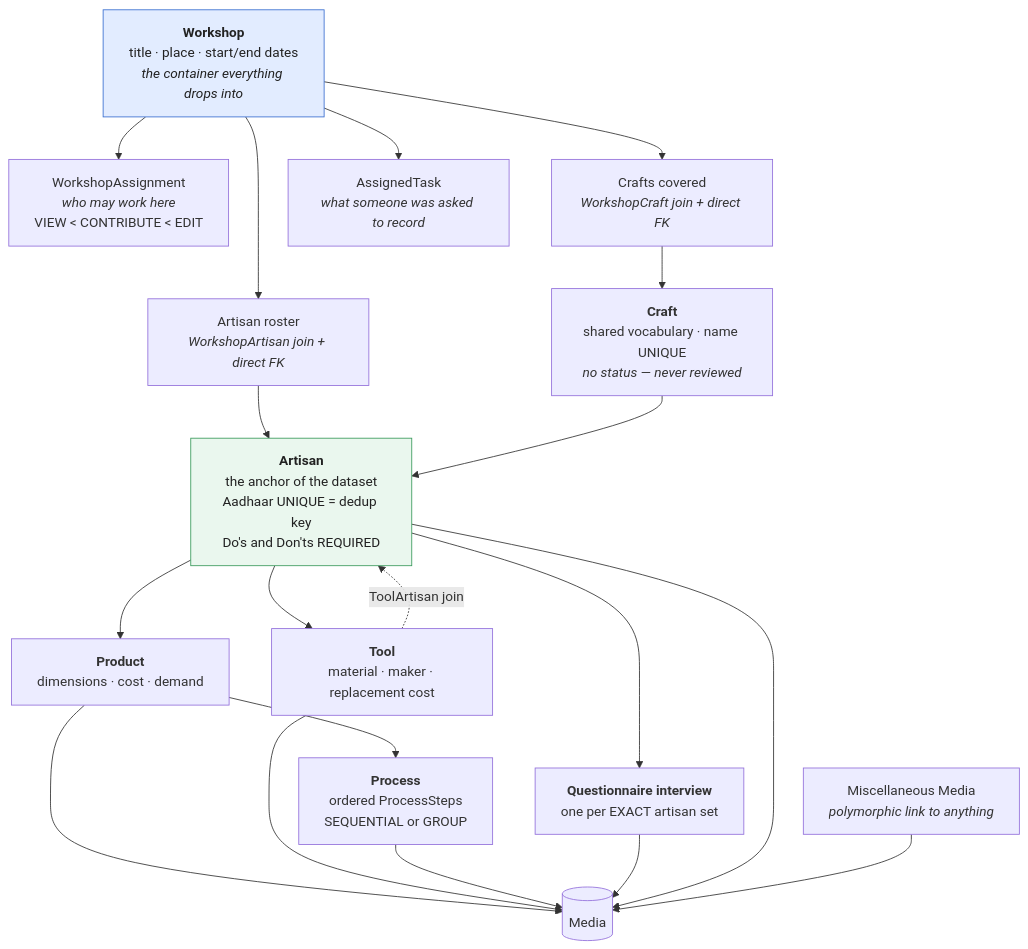
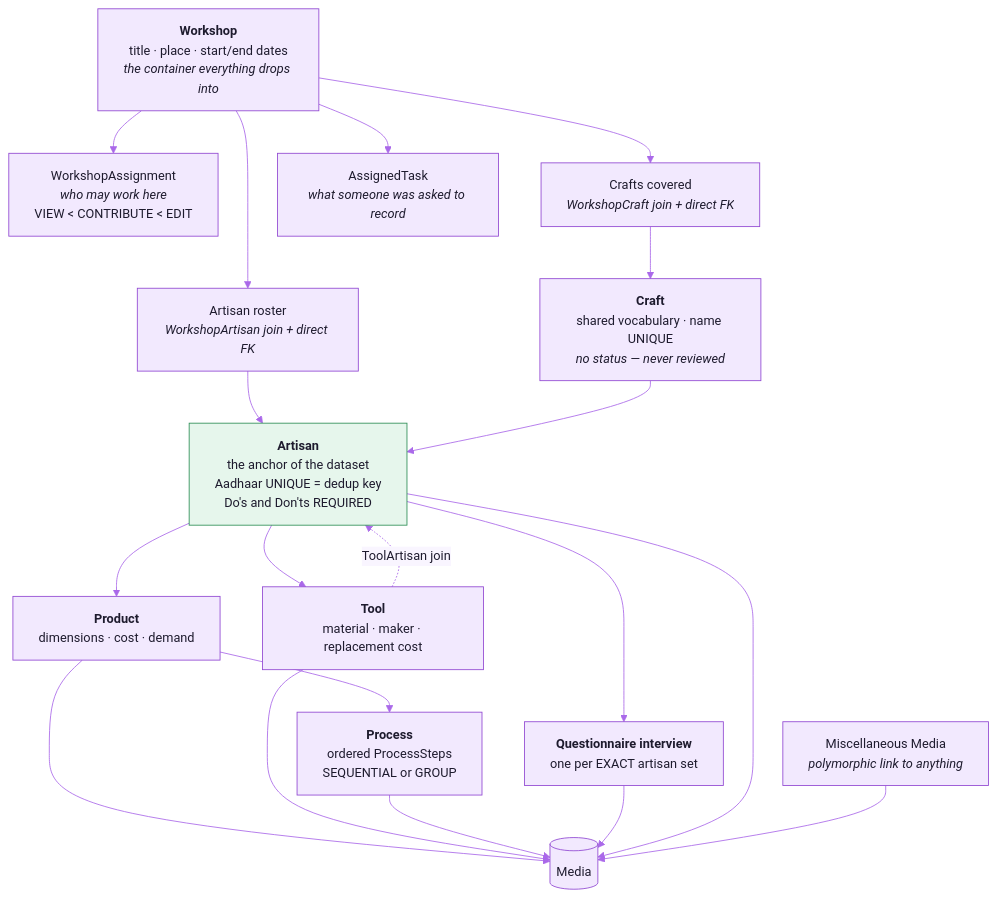
One commit to cxacraftecosystem-ui/documentation-portal changed the tenth of 14 diagrams in docs/ARCHITECTURE.md. Above: the diagram before and after it, drawn with Mermaid. The commit also changed other lines of this file and 106 other files, not shown here.

First line of the commit message:
README showcase: the front page rebuilt on the README kit (copied from designer-portal) with Field Repository content, the readme-check workflow, every docs diagram themed, and the docs brought to 0.0.10

````diff
--- a/docs/ARCHITECTURE.md
+++ b/docs/ARCHITECTURE.md
@@ -450,30 +477,31 @@
 ```mermaid
+%%{init: {"theme":"base","themeVariables":{"fontFamily":"Inter, ui-sans-serif, system-ui, -apple-system, Segoe UI, Roboto, Helvetica, Arial, sans-serif","fontSize":"15px","primaryColor":"#F2E9FE","primaryTextColor":"#1E1B2E","primaryBorderColor":"#9148D2","secondaryColor":"#FAEECD","secondaryTextColor":"#1E1B2E","secondaryBorderColor":"#CD9200","tertiaryColor":"#F3F1FA","tertiaryTextColor":"#1E1B2E","tertiaryBorderColor":"#A7A3BC","mainBkg":"#F2E9FE","nodeBorder":"#9148D2","nodeTextColor":"#1E1B2E","lineColor":"#AA69E9","textColor":"#857F9E","edgeLabelBackground":"#F9F5FF","clusterBkg":"#F9F5FF","clusterBorder":"#D6B6FB","titleColor":"#762CB1","noteBkgColor":"#FAEECD","noteTextColor":"#1E1B2E","noteBorderColor":"#CD9200","actorBkg":"#F2E9FE","actorBorder":"#9148D2","actorTextColor":"#1E1B2E","actorLineColor":"#AA69E9","signalColor":"#AA69E9","signalTextColor":"#857F9E","labelBoxBkgColor":"#F2E9FE","labelBoxBorderColor":"#9148D2","labelTextColor":"#1E1B2E","loopTextColor":"#857F9E","activationBkgColor":"#E7D5FE","activationBorderColor":"#9148D2","sequenceNumberColor":"#FFFFFF","transitionColor":"#AA69E9","transitionLabelColor":"#857F9E","stateLabelColor":"#1E1B2E","stateBkg":"#F2E9FE","compositeBackground":"#F9F5FF","compositeTitleBackground":"#F2E9FE","attributeBackgroundColorOdd":"#FFFFFF","attributeBackgroundColorEven":"#F9F5FF","relationColor":"#AA69E9","relationLabelBackground":"#F9F5FF","relationLabelColor":"#1E1B2E"}}}%%
 flowchart TD
   W["<b>Workshop</b><br/>title · place · start/end dates<br/><i>the container everything drops into</i>"]
 
   W --> WA["WorkshopAssignment<br/><i>who may work here</i><br/>VIEW &lt; CONTRIBUTE &lt; EDIT"]
   W --> WC["Crafts covered<br/><i>WorkshopCraft join + direct FK</i>"]
   W --> WR["Artisan roster<br/><i>WorkshopArtisan join + direct FK</i>"]
 
   WC --> C["<b>Craft</b><br/>shared vocabulary · name UNIQUE<br/><i>no status — never reviewed</i>"]
   WR --> A
   C --> A["<b>Artisan</b><br/>the anchor of the dataset<br/>Aadhaar UNIQUE = dedup key<br/>Do's and Don'ts REQUIRED"]
 
   A --> P["<b>Product</b><br/>dimensions · cost · demand"]
   A --> T["<b>Tool</b><br/>material · maker · replacement cost"]
   A --> Q["<b>Questionnaire interview</b><br/>one per EXACT artisan set"]
   P --> PR["<b>Process</b><br/>ordered ProcessSteps<br/>SEQUENTIAL or GROUP"]
   T -.->|ToolArtisan join| A
 
   P --> M[(Media)]
   T --> M
   PR --> M
   Q --> M
   A --> M
   MM["Miscellaneous Media<br/><i>polymorphic link to anything</i>"] --> M
 
   W --> TK["AssignedTask<br/><i>what someone was asked to record</i>"]
 
-  style W fill:#e2ecff,stroke:#3a6fd0,color:#222
-  style A fill:#eaf7ee,stroke:#3a9a5c,color:#222
+  style W fill:#F2E9FE,stroke:#9148D2,color:#1E1B2E
+  style A fill:#E6F6EC,stroke:#2F8F57,color:#1E1B2E
 ```
````
